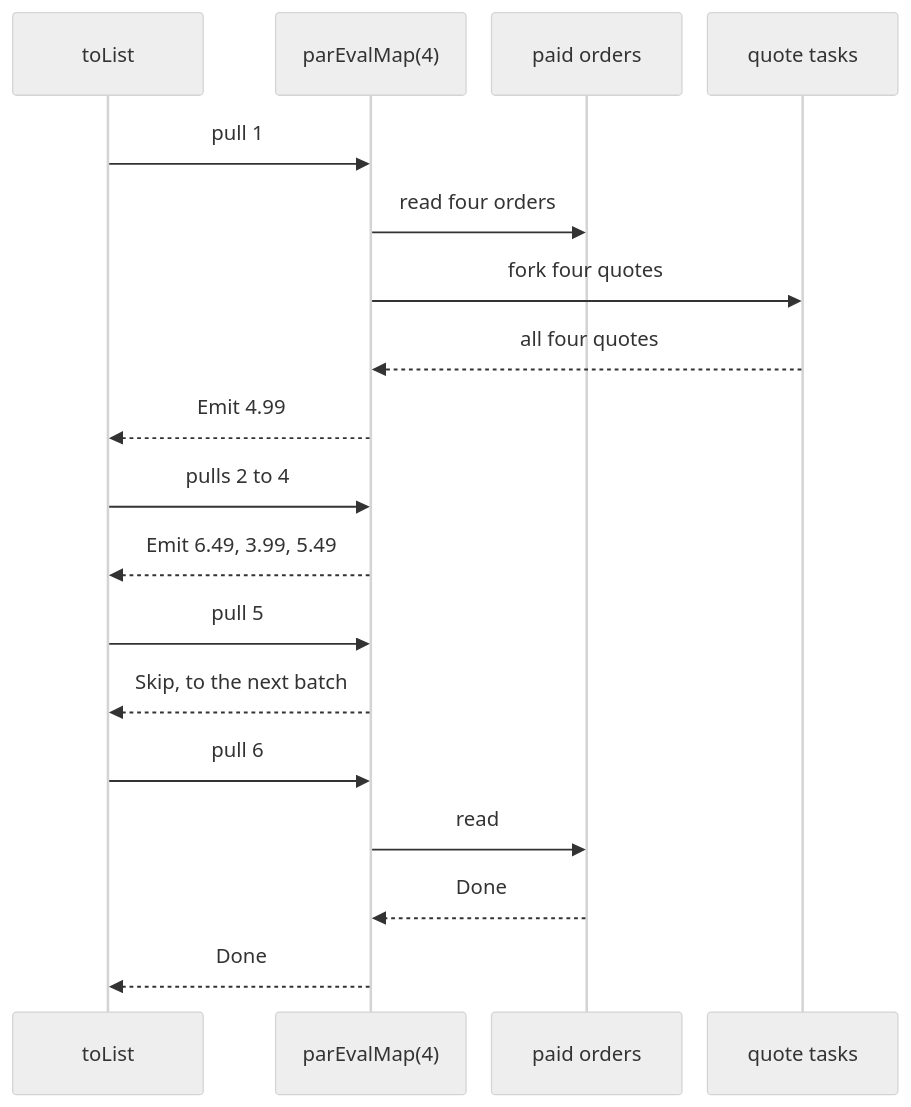
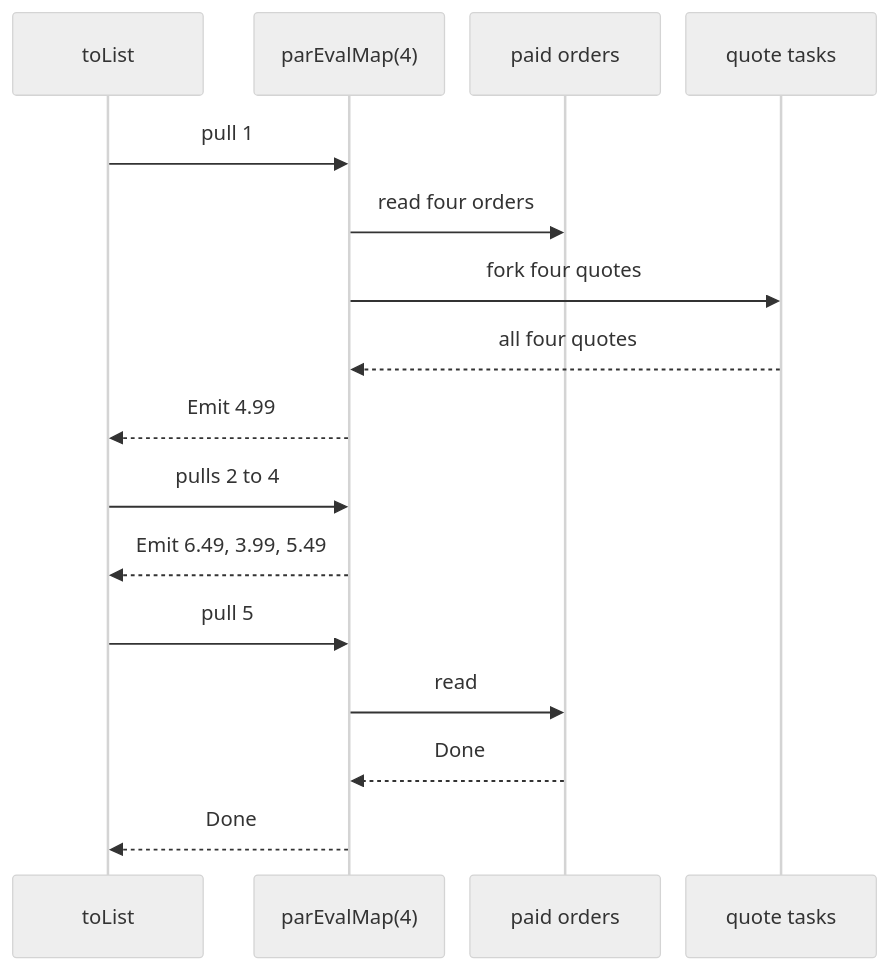
One commit to higher-kinded-j/higher-kinded-j changed the diagram in hkj-book/src/monads/vstream_parallel.md. Above: the diagram before and after it, drawn with Mermaid (neutral theme). The commit also changed other lines of this file and 14 other files, not shown here.

````diff
--- a/hkj-book/src/monads/vstream_parallel.md
+++ b/hkj-book/src/monads/vstream_parallel.md
@@ -62,23 +62,21 @@
 ```mermaid
 %%{init: {"sequence": {"actorMargin": 20, "diagramMarginX": 10}}}%%
 sequenceDiagram
     accTitle: How parEvalMap answers the pulls for four quotes
-    accDescr: The first pull reads four paid orders from the source, forks a quote task for each, and waits for all four before it answers with the first quote. The next three pulls are answered from the batch. The fifth pull is answered with a Skip to the next batch, and the sixth reads the source again, finds its end, and answers Done.
+    accDescr: The first pull reads four paid orders from the source, forks a quote task for each, and waits for all four before it answers with the first quote. The next three pulls are answered from the batch. The fifth pull starts the next batch: it reads the source again, finds its end, and answers Done.
     participant L as toList
     participant P as parEvalMap(4)
     participant S as paid orders
     participant Q as quote tasks
     L->>P: pull 1
     P->>S: read four orders
     P->>Q: fork four quotes
     Q-->>P: all four quotes
     P-->>L: Emit 4.99
     L->>P: pulls 2 to 4
     P-->>L: Emit 6.49, 3.99, 5.49
     L->>P: pull 5
-    P-->>L: Skip, to the next batch
-    L->>P: pull 6
     P->>S: read
     S-->>P: Done
     P-->>L: Done
 ```
````
